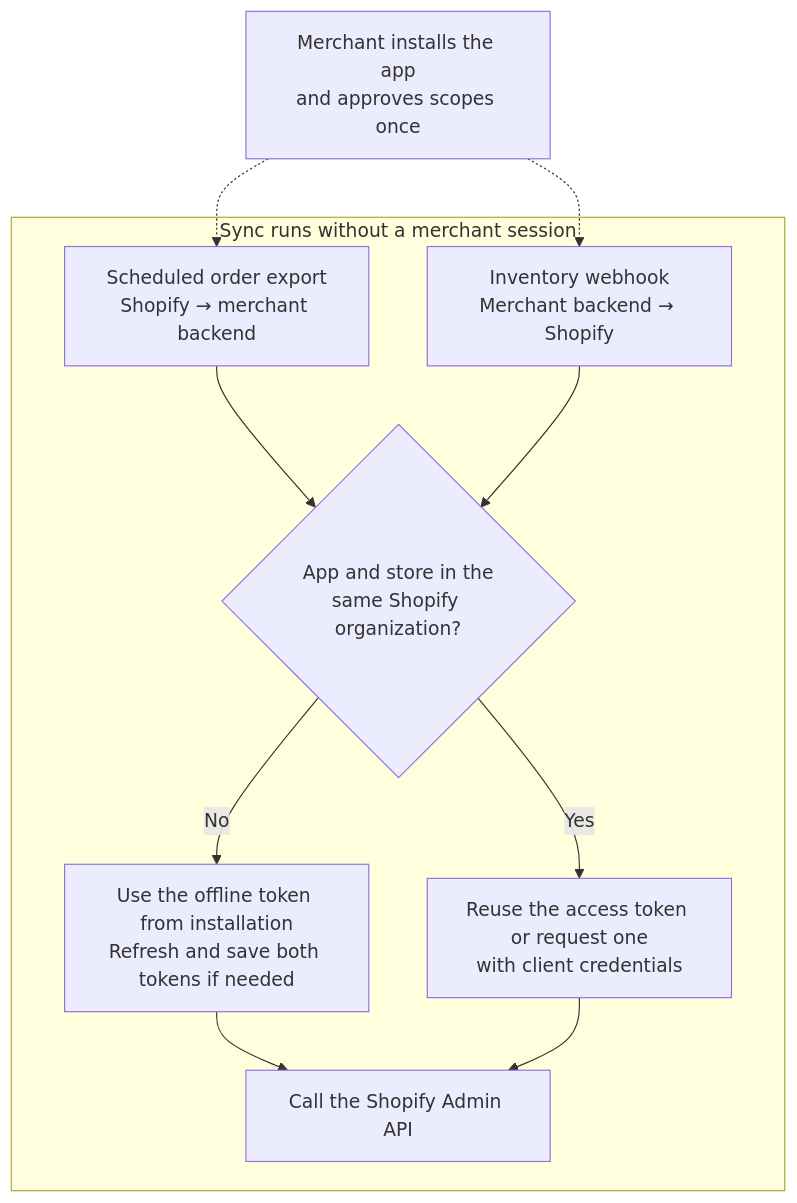
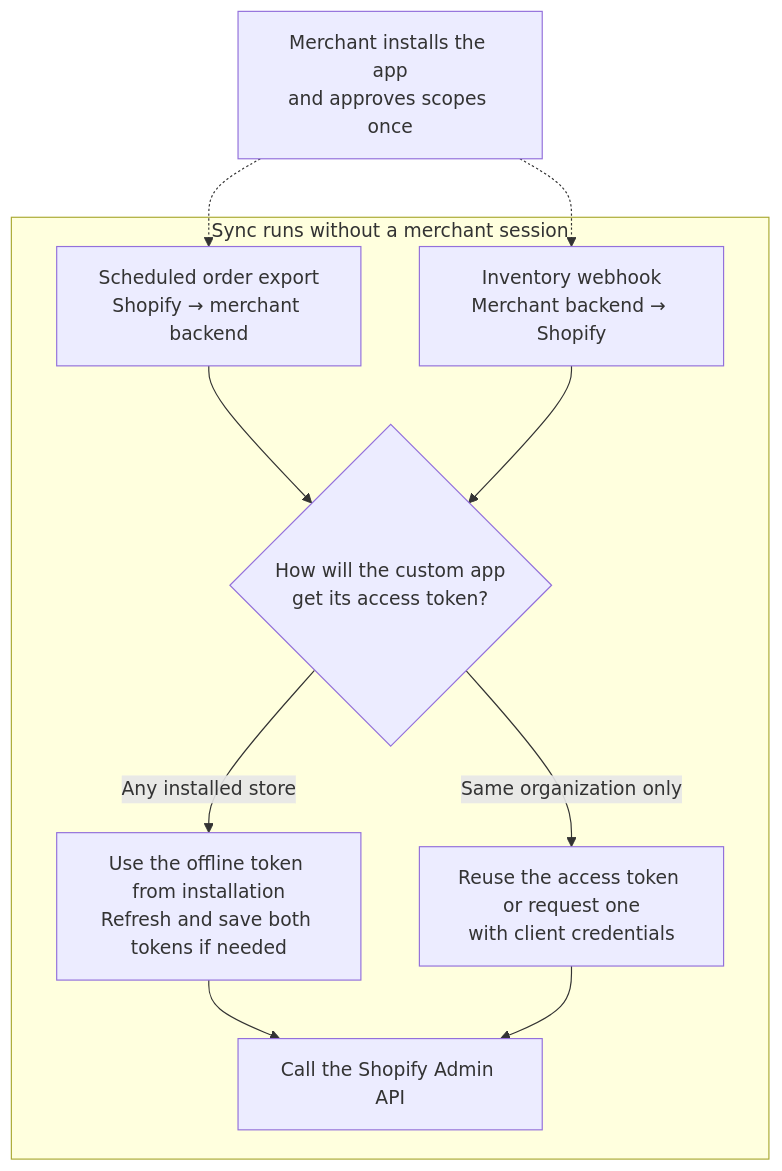
Before and after one commit to benzookapi/shopify-barebone-app-sample: the fourth of 10 diagrams in docs/00-ARCHITECTURE.md, drawn with Mermaid. The commit also changed other lines of this file, not shown here.

Commit message:
Compare offline tokens and client credentials for background Admin API calls

````diff
--- a/docs/00-ARCHITECTURE.md
+++ b/docs/00-ARCHITECTURE.md
@@ -119,16 +119,16 @@
 ```mermaid
 flowchart TD
     Install["Merchant installs the app<br/>and approves scopes once"]
     subgraph Runtime["Sync runs without a merchant session"]
         Nightly["Scheduled order export<br/>Shopify → merchant backend"]
         Webhook["Inventory webhook<br/>Merchant backend → Shopify"]
-        Nightly --> Owner{"App and store in the<br/>same Shopify organization?"}
-        Webhook --> Owner
-        Owner -->|No| Offline["Use the offline token from installation<br/>Refresh and save both tokens if needed"]
-        Owner -->|Yes| Credentials["Reuse the access token or request one<br/>with client credentials"]
+        Nightly --> Method{"How will the custom app<br/>get its access token?"}
+        Webhook --> Method
+        Method -->|Any installed store| Offline["Use the offline token from installation<br/>Refresh and save both tokens if needed"]
+        Method -->|Same organization only| Credentials["Reuse the access token or request one<br/>with client credentials"]
         Offline --> API["Call the Shopify Admin API"]
         Credentials --> API
     end
     Install -.-> Nightly
     Install -.-> Webhook
 ```
````
